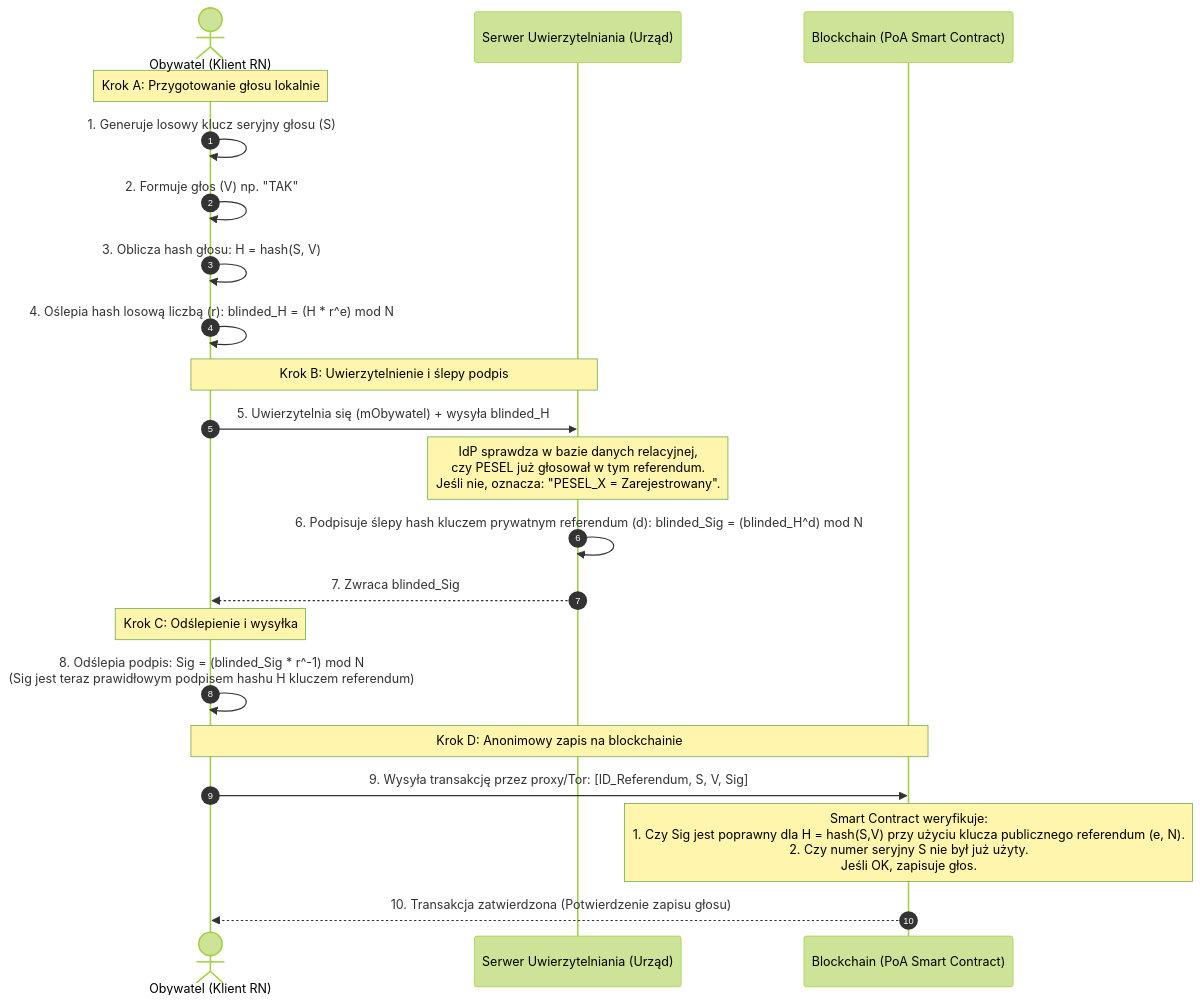
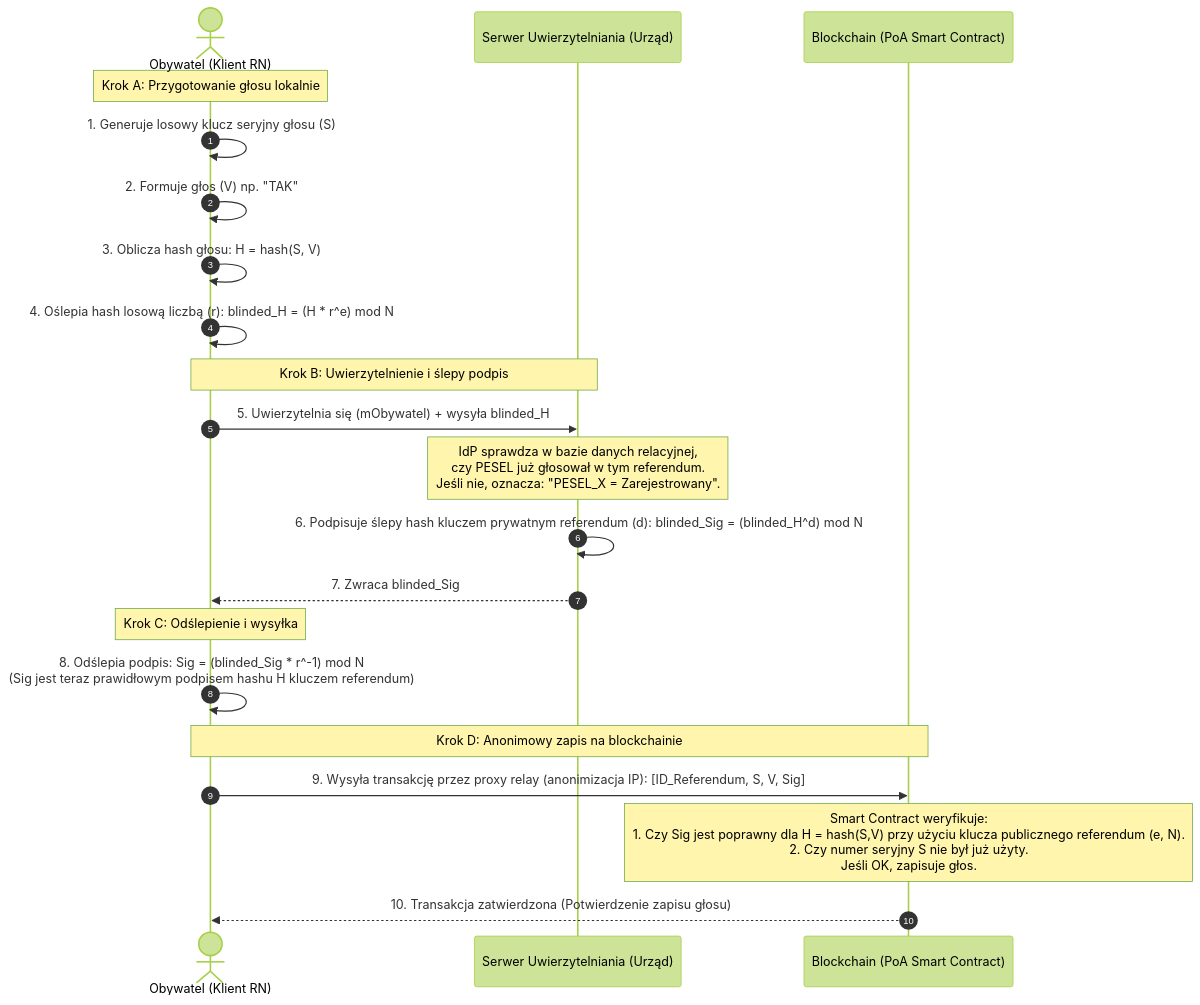
The third of 4 diagrams in Projekt zespołowy/DOKUMENTACJA.md (olekkut/Programowanie-aplikacji-mobilnych-dla-IOS), drawn with Mermaid (forest theme) before and after one commit. The commit also changed other lines of this file, not shown here.

````diff
--- a/Projekt zespołowy/DOKUMENTACJA.md
+++ b/Projekt zespołowy/DOKUMENTACJA.md
@@ -169,27 +173,27 @@
 ```mermaid
 sequenceDiagram
     autonumber
     actor Obywatel as Obywatel (Klient RN)
     participant IdP as Serwer Uwierzytelniania (Urząd)
     participant Chain as Blockchain (PoA Smart Contract)
 
     Note over Obywatel: Krok A: Przygotowanie głosu lokalnie
     Obywatel->>Obywatel: 1. Generuje losowy klucz seryjny głosu (S)
     Obywatel->>Obywatel: 2. Formuje głos (V) np. "TAK"
     Obywatel->>Obywatel: 3. Oblicza hash głosu: H = hash(S, V)
     Obywatel->>Obywatel: 4. Oślepia hash losową liczbą (r): blinded_H = (H * r^e) mod N
 
     Note over Obywatel, IdP: Krok B: Uwierzytelnienie i ślepy podpis
     Obywatel->>IdP: 5. Uwierzytelnia się (mObywatel) + wysyła blinded_H
     Note over IdP: IdP sprawdza w bazie danych relacyjnej,<br/>czy PESEL już głosował w tym referendum.<br/>Jeśli nie, oznacza: "PESEL_X = Zarejestrowany".
     IdP->>IdP: 6. Podpisuje ślepy hash kluczem prywatnym referendum (d): blinded_Sig = (blinded_H^d) mod N
     IdP-->>Obywatel: 7. Zwraca blinded_Sig
 
     Note over Obywatel: Krok C: Odślepienie i wysyłka
     Obywatel->>Obywatel: 8. Odślepia podpis: Sig = (blinded_Sig * r^-1) mod N<br/>(Sig jest teraz prawidłowym podpisem hashu H kluczem referendum)
     
     Note over Obywatel, Chain: Krok D: Anonimowy zapis na blockchainie
-    Obywatel->>Chain: 9. Wysyła transakcję przez proxy/Tor: [ID_Referendum, S, V, Sig]
+    Obywatel->>Chain: 9. Wysyła transakcję przez proxy relay (anonimizacja IP): [ID_Referendum, S, V, Sig]
     Note over Chain: Smart Contract weryfikuje:<br/>1. Czy Sig jest poprawny dla H = hash(S,V) przy użyciu klucza publicznego referendum (e, N).<br/>2. Czy numer seryjny S nie był już użyty.<br/>Jeśli OK, zapisuje głos.
     Chain-->>Obywatel: 10. Transakcja zatwierdzona (Potwierdzenie zapisu głosu)
 ```
````
